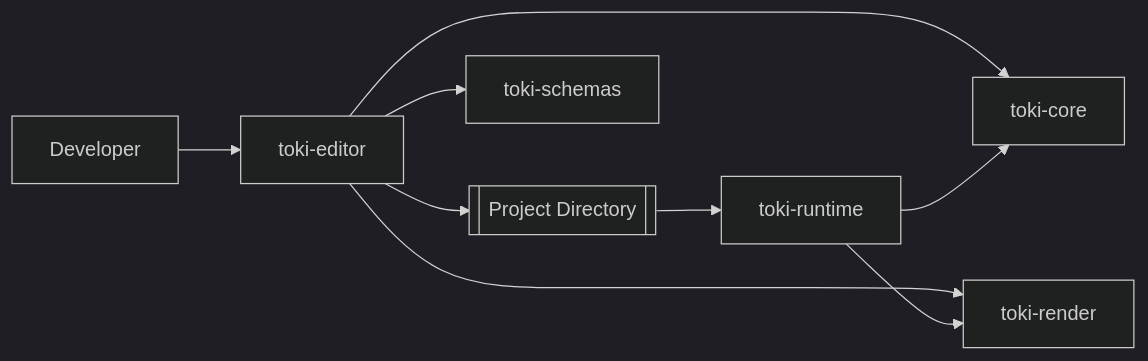
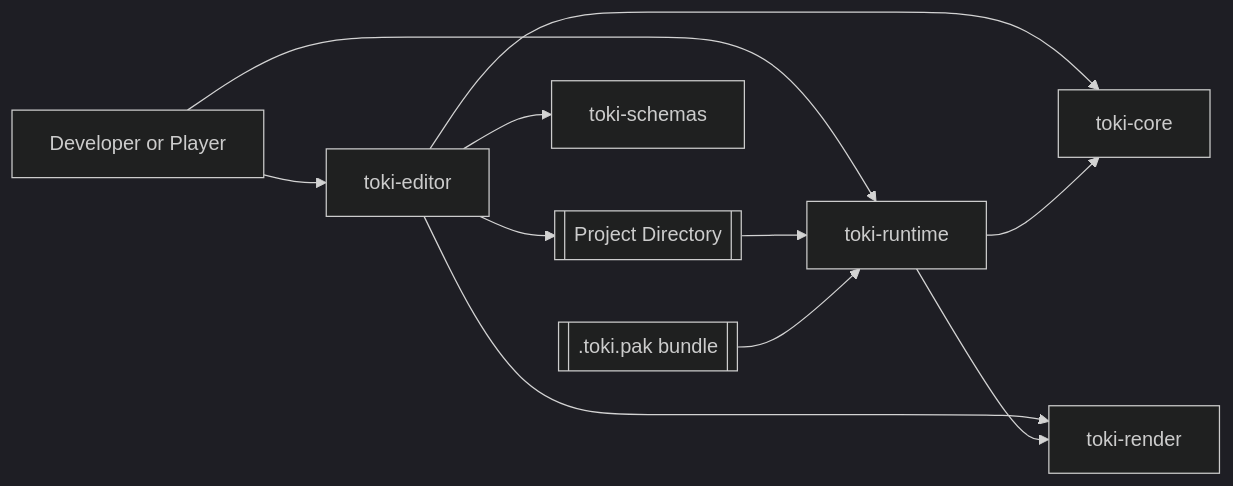
Before and after one commit to daredem0/ToKi: the first of 10 diagrams in docs/SDD_SAD.md, drawn with Mermaid (dark theme). The commit also changed other lines of this file and 1 other file, not shown here.

````diff
--- a/docs/SDD_SAD.md
+++ b/docs/SDD_SAD.md
@@ -44,19 +37,22 @@
 ```mermaid
 flowchart LR
-    USER[Developer]
+    USER[Developer or Player]
     EDITOR[toki-editor]
+    RUNTIME[toki-runtime]
     PROJECT[[Project Directory]]
+    PACK[[.toki.pak bundle]]
     SCHEMAS[toki-schemas]
     CORE[toki-core]
     RENDER[toki-render]
-    RUNTIME[toki-runtime]
 
     USER --> EDITOR
+    USER --> RUNTIME
     EDITOR --> PROJECT
     EDITOR --> SCHEMAS
     EDITOR --> CORE
     EDITOR --> RENDER
     PROJECT --> RUNTIME
+    PACK --> RUNTIME
     RUNTIME --> CORE
     RUNTIME --> RENDER
 ```
````
